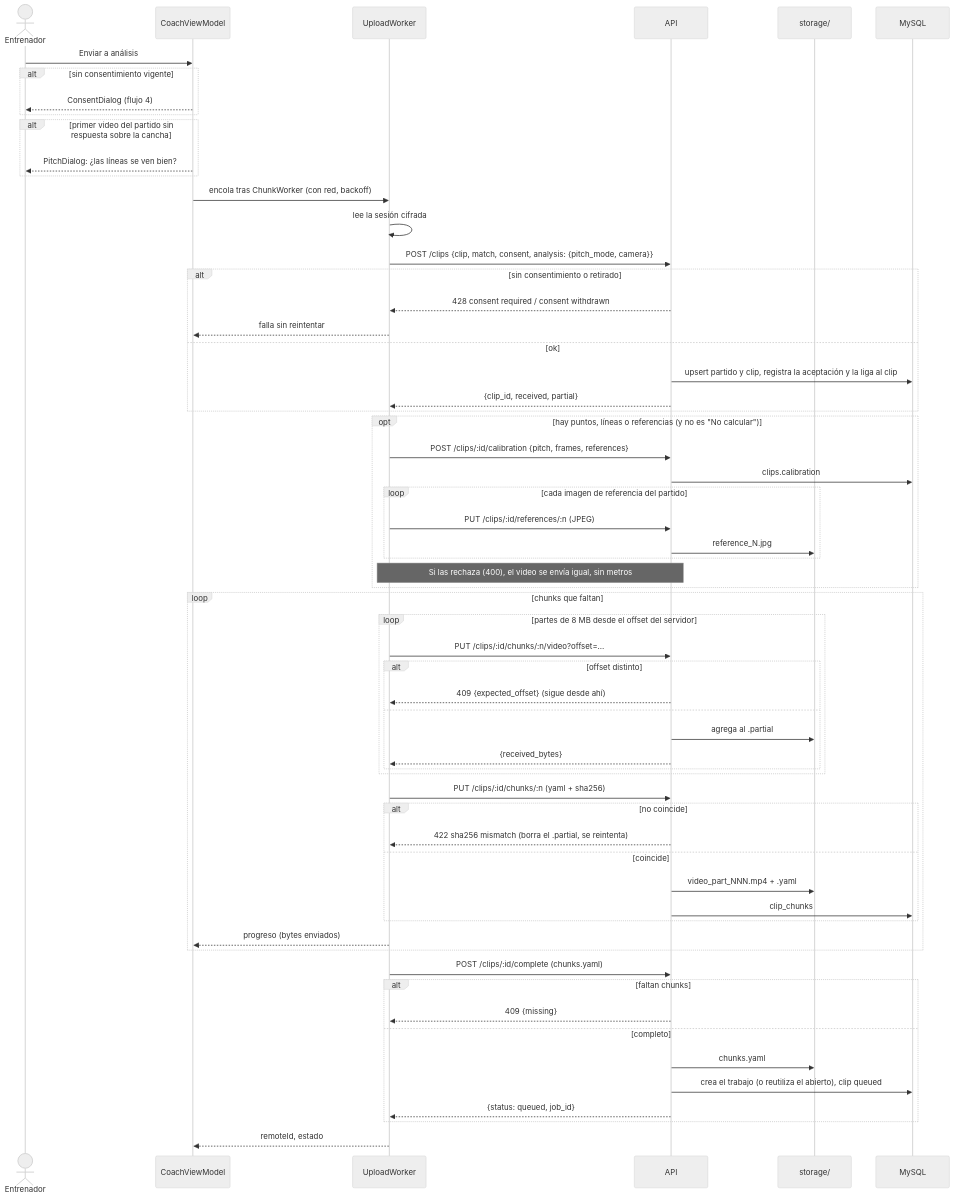
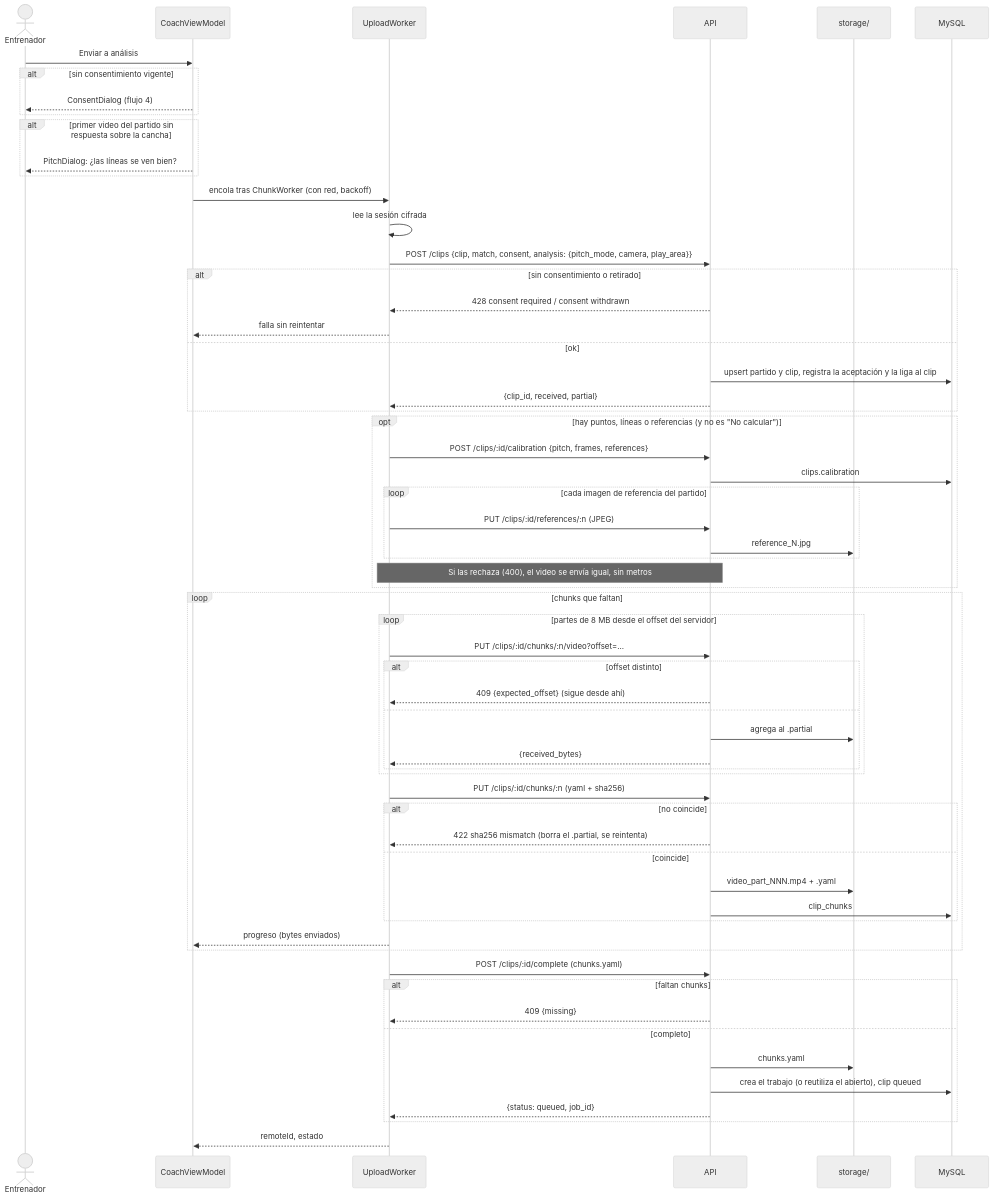
One commit to pepemxl/meta-ai-hackathon-2026 changed the third of 7 diagrams in docs/arquitectura/04-flujos.md. Above: the diagram before and after it, drawn with Mermaid (neutral theme). The commit also changed other lines of this file and 32 other files, not shown here.

````diff
--- a/docs/arquitectura/04-flujos.md
+++ b/docs/arquitectura/04-flujos.md
@@ -64,64 +64,64 @@
 ```mermaid
 sequenceDiagram
     actor E as Entrenador
     participant VM as CoachViewModel
     participant UW as UploadWorker
     participant API as API
     participant FS as storage/
     participant DB as MySQL
 
     E->>VM: Enviar a análisis
     alt sin consentimiento vigente
         VM-->>E: ConsentDialog (flujo 4)
     end
     alt primer video del partido sin respuesta sobre la cancha
         VM-->>E: PitchDialog: ¿las líneas se ven bien?
     end
     VM->>UW: encola tras ChunkWorker (con red, backoff)
     UW->>UW: lee la sesión cifrada
-    UW->>API: POST /clips {clip, match, consent, analysis: {pitch_mode, camera}}
+    UW->>API: POST /clips {clip, match, consent, analysis: {pitch_mode, camera, play_area}}
     alt sin consentimiento o retirado
         API-->>UW: 428 consent required / consent withdrawn
         UW-->>VM: falla sin reintentar
     else ok
         API->>DB: upsert partido y clip, registra la aceptación y la liga al clip
         API-->>UW: {clip_id, received, partial}
     end
     opt hay puntos, líneas o referencias (y no es "No calcular")
         UW->>API: POST /clips/:id/calibration {pitch, frames, references}
         API->>DB: clips.calibration
         loop cada imagen de referencia del partido
             UW->>API: PUT /clips/:id/references/:n (JPEG)
             API->>FS: reference_N.jpg
         end
         Note over UW,API: Si las rechaza (400), el video se envía igual, sin metros
     end
     loop chunks que faltan
         loop partes de 8 MB desde el offset del servidor
             UW->>API: PUT /clips/:id/chunks/:n/video?offset=…
             alt offset distinto
                 API-->>UW: 409 {expected_offset} (sigue desde ahí)
             else
                 API->>FS: agrega al .partial
                 API-->>UW: {received_bytes}
             end
         end
         UW->>API: PUT /clips/:id/chunks/:n (yaml + sha256)
         alt no coincide
             API-->>UW: 422 sha256 mismatch (borra el .partial, se reintenta)
         else coincide
             API->>FS: video_part_NNN.mp4 + .yaml
             API->>DB: clip_chunks
         end
         UW-->>VM: progreso (bytes enviados)
     end
     UW->>API: POST /clips/:id/complete (chunks.yaml)
     alt faltan chunks
         API-->>UW: 409 {missing}
     else completo
         API->>FS: chunks.yaml
         API->>DB: crea el trabajo (o reutiliza el abierto), clip queued
         API-->>UW: {status: queued, job_id}
     end
     UW-->>VM: remoteId, estado
 ```
````
